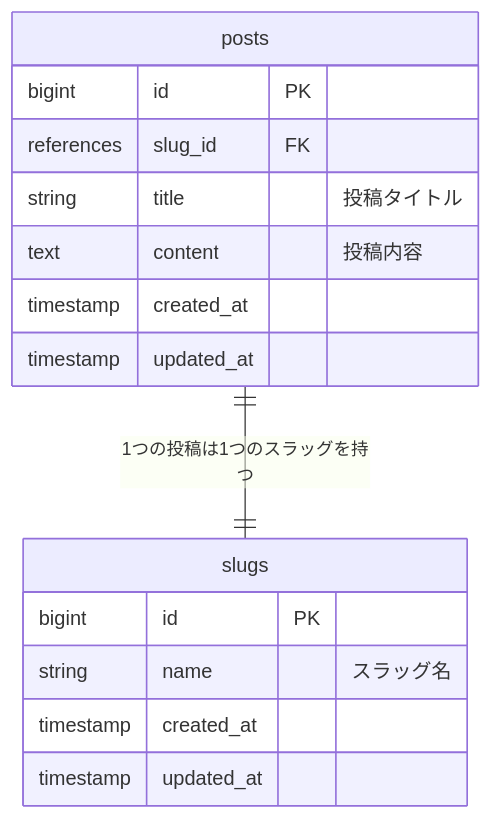
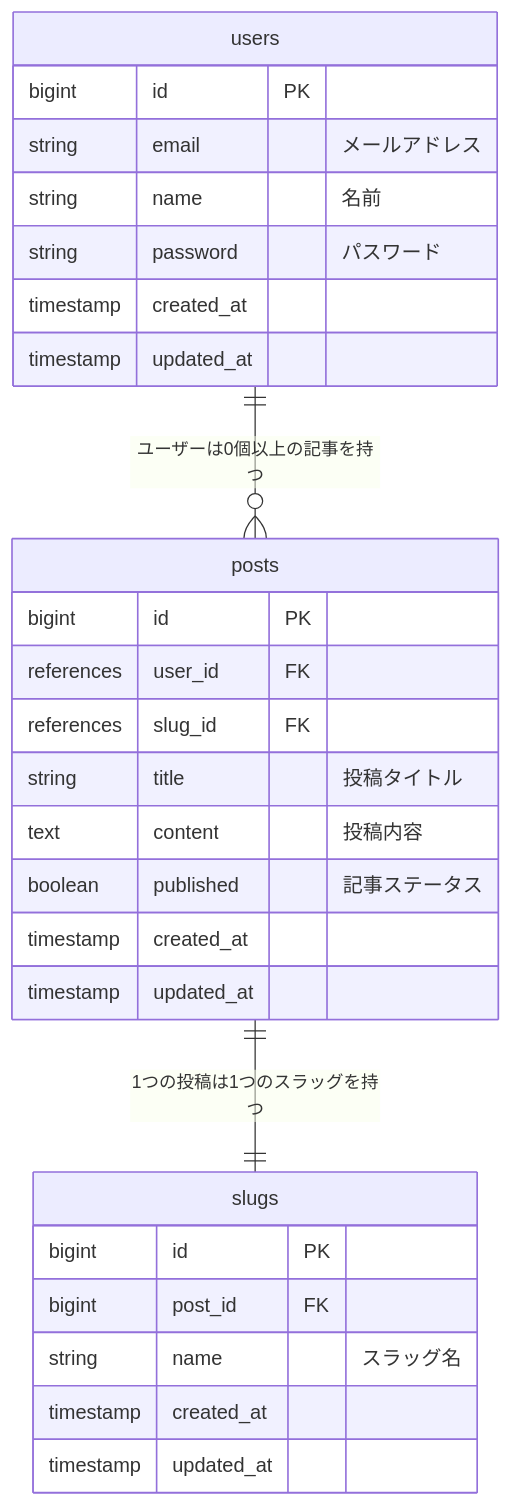
Before and after one commit to Satoshi-Moriya/my-cms-front: the diagram in ER.md, drawn with Mermaid.

Commit message:
手動でER図にusersを追加した #27

````diff
--- a/ER.md
+++ b/ER.md
@@ -1,20 +1,33 @@
 ```mermaid
 erDiagram
+  users ||--o{ posts: "ユーザーは0個以上の記事を持つ"
   posts ||--|| slugs: "1つの投稿は1つのスラッグを持つ"
+
+  users {
+    bigint id PK
+    string email "メールアドレス"
+    string name "名前"
+    string password "パスワード"
+    timestamp created_at
+    timestamp updated_at
+  }
 
   posts {
     bigint id PK
+    references user_id FK
     references slug_id FK
     string title "投稿タイトル"
     text content "投稿内容"
+    boolean published "記事ステータス"
     timestamp created_at
     timestamp updated_at
   }
 
   slugs {
     bigint id PK
+    bigint post_id FK
     string name "スラッグ名"
     timestamp created_at
     timestamp updated_at
   }
 ```
````
